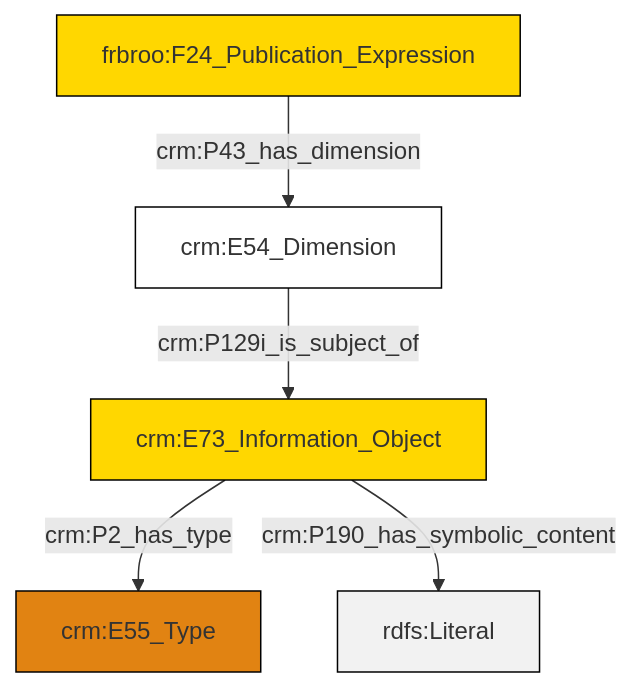
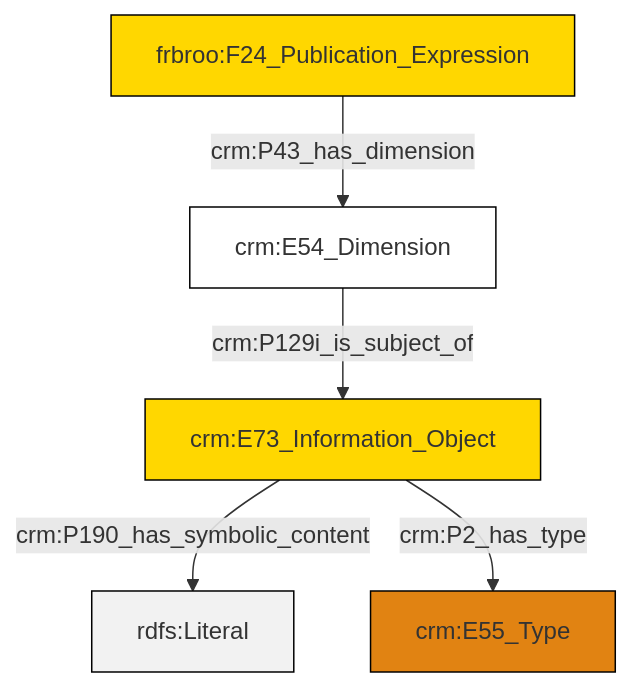
The diagram in et/biblioCSV/ttl/mmd/biblio_substance.ttl.mmd (swiss-art-research-net/docs.swissartresearch), drawn with Mermaid before and after one commit. The commit also changed 182 other files, not shown here.

```diff
--- a/et/biblioCSV/ttl/mmd/biblio_substance.ttl.mmd
+++ b/et/biblioCSV/ttl/mmd/biblio_substance.ttl.mmd
@@ -1,19 +1,19 @@
 graph TD
 classDef Literal fill:#f2f2f2,stroke:#000000;
 classDef CRM_Entity fill:#FFFFFF,stroke:#000000;
 classDef Temporal_Entity fill:#00C9E6, stroke:#000000;
 classDef Type fill:#E18312, stroke:#000000;
 classDef Time-Span fill:#2C9C91, stroke:#000000;
 classDef Appellation fill:#FFEB7F, stroke:#000000;
 classDef Place fill:#008836, stroke:#000000;
 classDef Persistent_Item fill:#B266B2, stroke:#000000;
 classDef Conceptual_Object fill:#FFD700, stroke:#000000;
 classDef Physical_Thing fill:#D2B48C, stroke:#000000;
 classDef Actor fill:#f58aad, stroke:#000000;
 classDef PC_Classes fill:#4ce600, stroke:#000000;
 classDef Multi fill:#cccccc,stroke:#000000;
 
-0["frbroo:F24_Publication_Expression"]:::Conceptual_Object -->|crm:P43_has_dimension| 6["crm:E54_Dimension"]:::CRM_Entity
-6["crm:E54_Dimension"]:::CRM_Entity -->|crm:P129i_is_subject_of| 4["crm:E73_Information_Object"]:::Conceptual_Object
-4["crm:E73_Information_Object"]:::Conceptual_Object -->|crm:P2_has_type| 2["crm:E55_Type"]:::Type
-4["crm:E73_Information_Object"]:::Conceptual_Object -->|crm:P190_has_symbolic_content| 8[rdfs:Literal]:::Literal
+0["crm:E73_Information_Object"]:::Conceptual_Object -->|crm:P190_has_symbolic_content| 4[rdfs:Literal]:::Literal
+0["crm:E73_Information_Object"]:::Conceptual_Object -->|crm:P2_has_type| 5["crm:E55_Type"]:::Type
+6["crm:E54_Dimension"]:::CRM_Entity -->|crm:P129i_is_subject_of| 0["crm:E73_Information_Object"]:::Conceptual_Object
+2["frbroo:F24_Publication_Expression"]:::Conceptual_Object -->|crm:P43_has_dimension| 6["crm:E54_Dimension"]:::CRM_Entity
```
